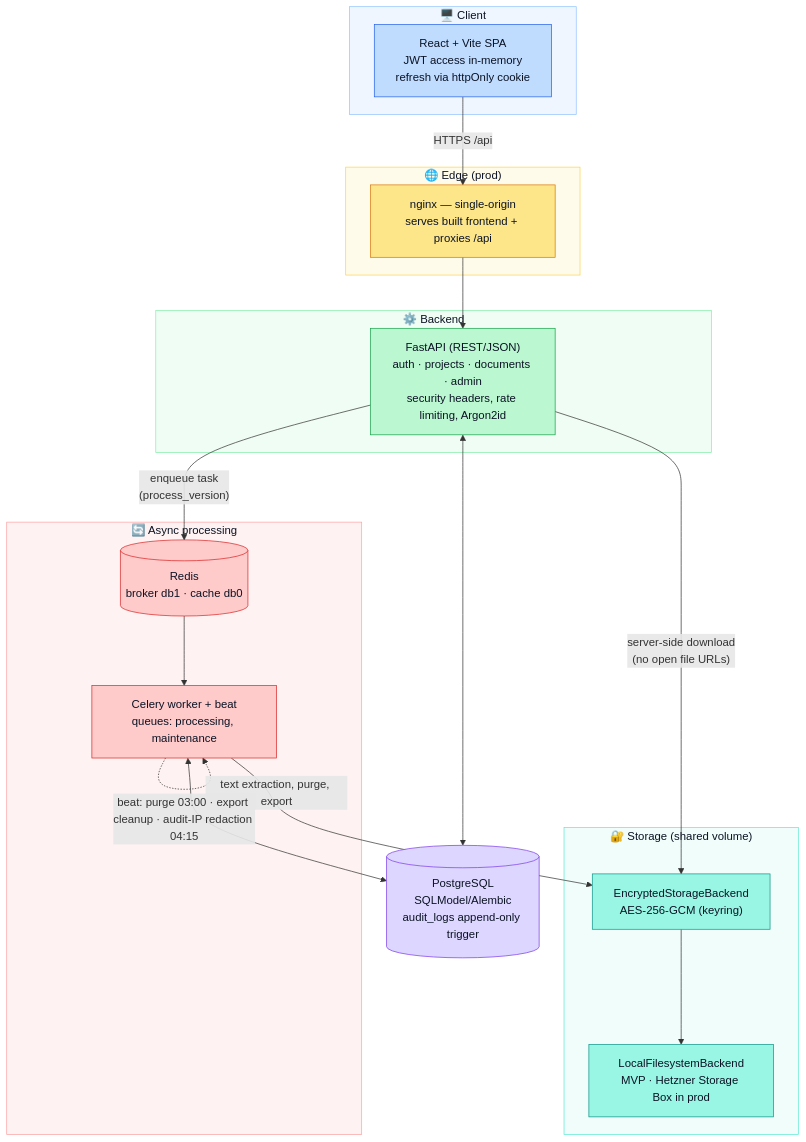
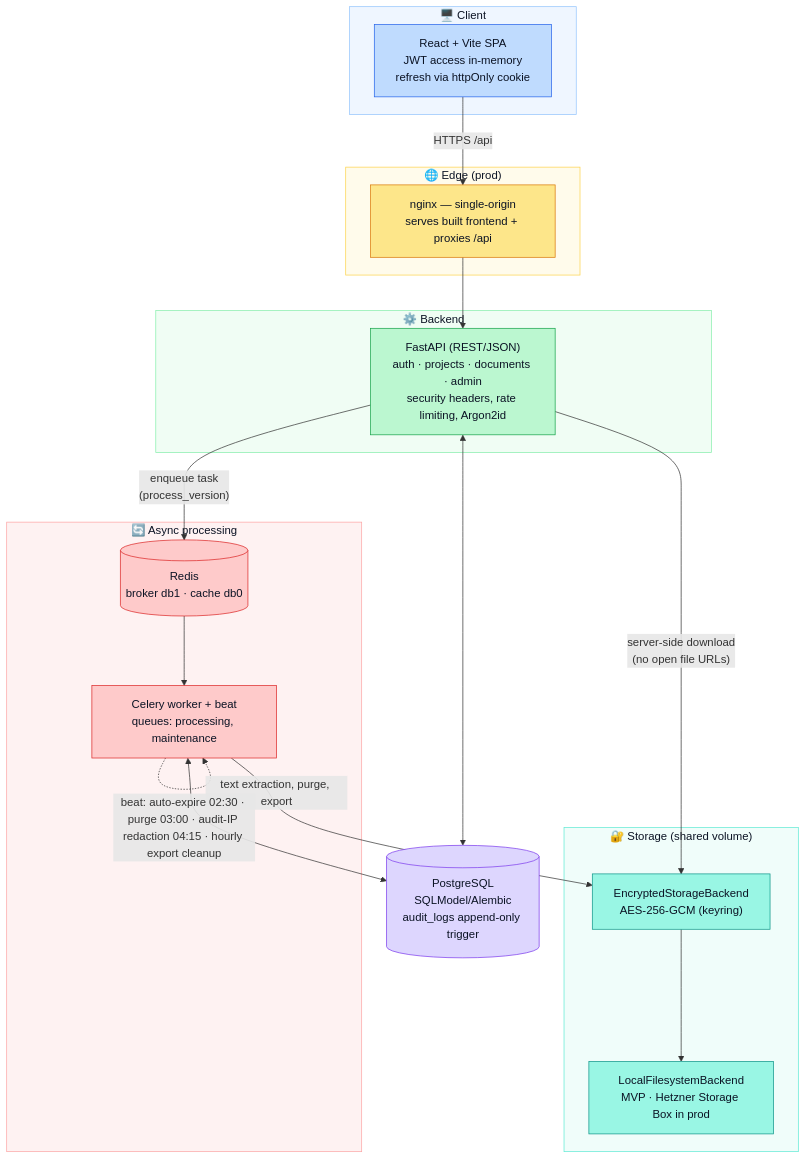
One commit to mae240/dms changed the diagram in README.md. Above: the diagram before and after it, drawn with Mermaid. The commit also changed 1 other file, not shown here.

Commit message:
README/env: 4. Beat-Job (auto-expire 02:30) im Diagramm ergaenzt, STORAGE_BACKEND-Kommentar praezisiert

````diff
--- a/README.md
+++ b/README.md
@@ -72,56 +72,56 @@
 ```mermaid
 flowchart TB
     subgraph client["🖥️ Client"]
         SPA["React + Vite SPA<br/>JWT access in-memory<br/>refresh via httpOnly cookie"]
     end
 
     subgraph edge["🌐 Edge (prod)"]
         NGINX["nginx — single-origin<br/>serves built frontend + proxies /api"]
     end
 
     subgraph app["⚙️ Backend"]
         API["FastAPI (REST/JSON)<br/>auth · projects · documents · admin<br/>security headers, rate limiting, Argon2id"]
     end
 
     subgraph async["🔄 Async processing"]
         REDIS[("Redis<br/>broker db1 · cache db0")]
         WORKER["Celery worker + beat<br/>queues: processing, maintenance"]
     end
 
     DB[("PostgreSQL<br/>SQLModel/Alembic<br/>audit_logs append-only trigger")]
 
     subgraph storage["🔐 Storage (shared volume)"]
         ENC["EncryptedStorageBackend<br/>AES-256-GCM (keyring)"]
         LOCAL["LocalFilesystemBackend<br/>MVP · Hetzner Storage Box in prod"]
         ENC --> LOCAL
     end
 
     SPA -->|"HTTPS /api"| NGINX --> API
     API <--> DB
     API -->|"enqueue task<br/>(process_version)"| REDIS
     API -->|"server-side download<br/>(no open file URLs)"| ENC
     REDIS --> WORKER
     WORKER <--> DB
     WORKER -->|"text extraction, purge, export"| ENC
-    WORKER -.->|"beat: purge 03:00 · export cleanup · audit-IP redaction 04:15"| WORKER
+    WORKER -.->|"beat: auto-expire 02:30 · purge 03:00 · audit-IP redaction 04:15 · hourly export cleanup"| WORKER
 
     classDef front fill:#bfdbfe,stroke:#2563eb,color:#0b1324;
     classDef proxy fill:#fde68a,stroke:#d97706,color:#0b1324;
     classDef api fill:#bbf7d0,stroke:#16a34a,color:#0b1324;
     classDef work fill:#fecaca,stroke:#dc2626,color:#0b1324;
     classDef data fill:#ddd6fe,stroke:#7c3aed,color:#0b1324;
     classDef store fill:#99f6e4,stroke:#0d9488,color:#0b1324;
 
     class SPA front;
     class NGINX proxy;
     class API api;
     class REDIS,WORKER work;
     class DB data;
     class ENC,LOCAL store;
 
     style client fill:#eff6ff,stroke:#93c5fd,color:#0b1324;
     style edge fill:#fffbeb,stroke:#fcd34d,color:#0b1324;
     style app fill:#f0fdf4,stroke:#86efac,color:#0b1324;
     style async fill:#fef2f2,stroke:#fca5a5,color:#0b1324;
     style storage fill:#f0fdfa,stroke:#5eead4,color:#0b1324;
 ```
````
